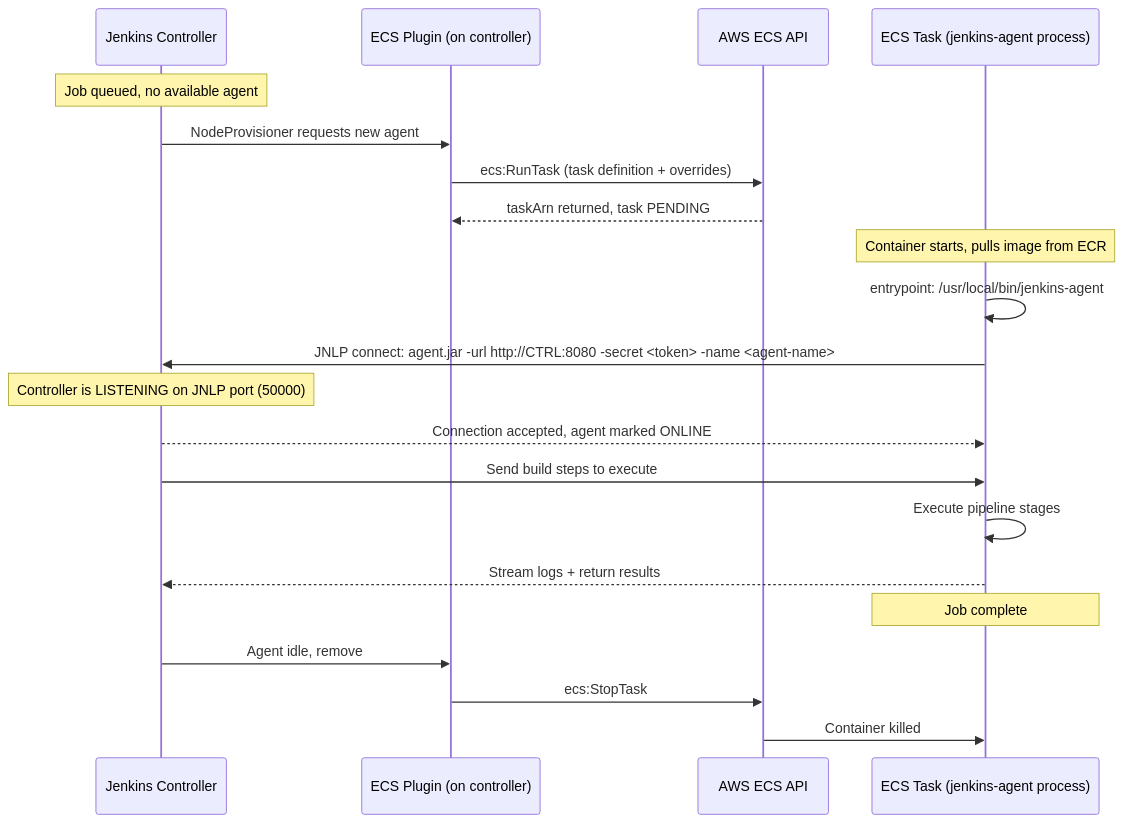
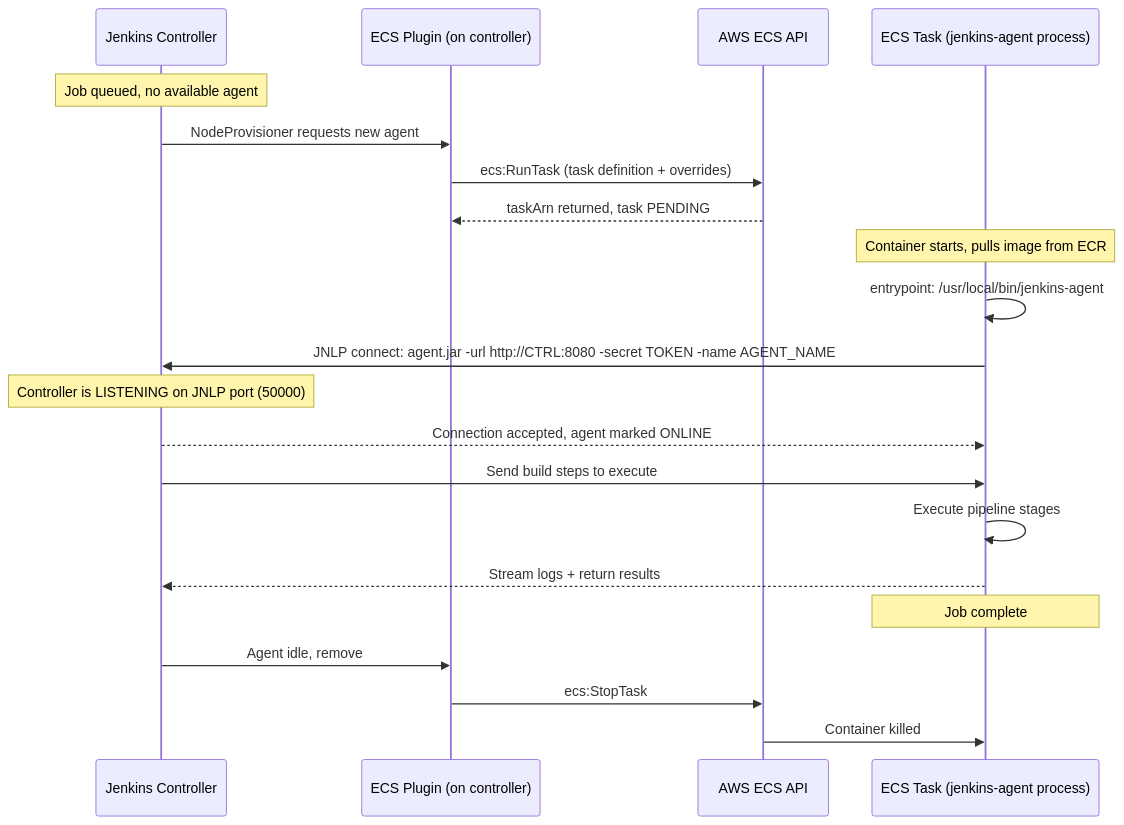
Before and after one commit to deepanshu-rawat6/tour-of-go: the second of 12 diagrams in devops/cicd/jenkins/ecs-agents.md, drawn with Mermaid. The commit also changed 25 other files, not shown here.

````diff
--- a/devops/cicd/jenkins/ecs-agents.md
+++ b/devops/cicd/jenkins/ecs-agents.md
@@ -44,27 +44,27 @@
 ```mermaid
 sequenceDiagram
     participant CTRL as Jenkins Controller
     participant PLUGIN as ECS Plugin (on controller)
     participant ECS as AWS ECS API
     participant TASK as ECS Task (jenkins-agent process)
 
     Note over CTRL: Job queued, no available agent
     CTRL->>PLUGIN: NodeProvisioner requests new agent
     PLUGIN->>ECS: ecs:RunTask (task definition + overrides)
     ECS-->>PLUGIN: taskArn returned, task PENDING
 
     Note over TASK: Container starts, pulls image from ECR
     TASK->>TASK: entrypoint: /usr/local/bin/jenkins-agent
-    TASK->>CTRL: JNLP connect: agent.jar -url http://CTRL:8080 -secret <token> -name <agent-name>
+    TASK->>CTRL: JNLP connect: agent.jar -url http://CTRL:8080 -secret TOKEN -name AGENT_NAME
 
     Note over CTRL: Controller is LISTENING on JNLP port (50000)
     CTRL-->>TASK: Connection accepted, agent marked ONLINE
     CTRL->>TASK: Send build steps to execute
     TASK->>TASK: Execute pipeline stages
     TASK-->>CTRL: Stream logs + return results
 
     Note over TASK: Job complete
     CTRL->>PLUGIN: Agent idle, remove
     PLUGIN->>ECS: ecs:StopTask
     ECS->>TASK: Container killed
 ```
````
